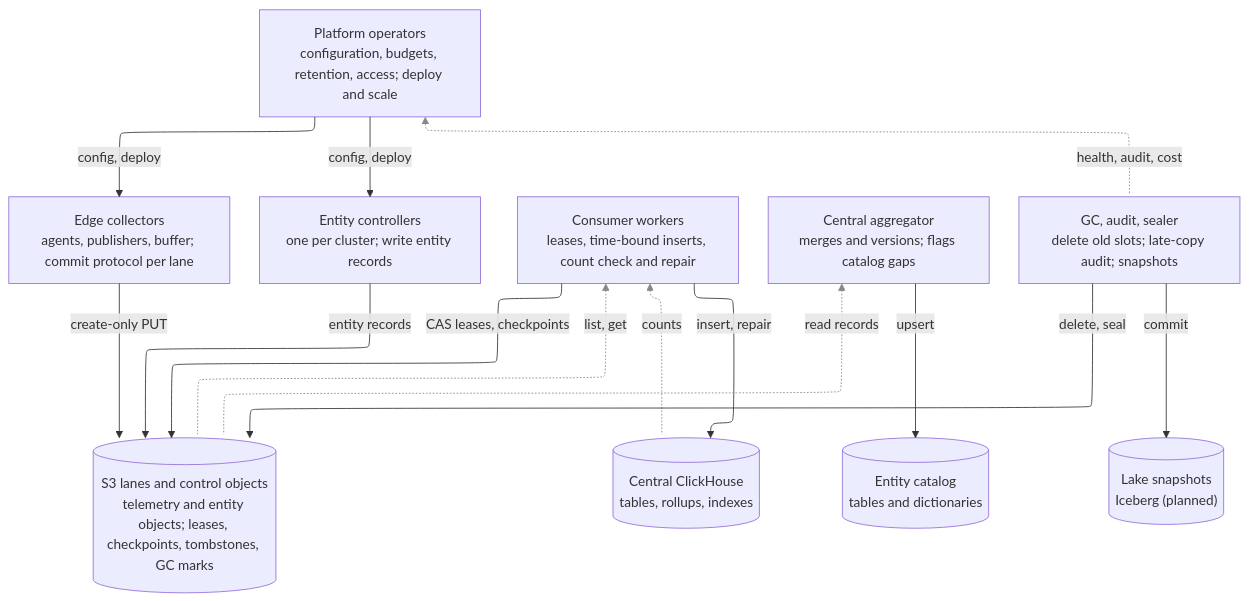
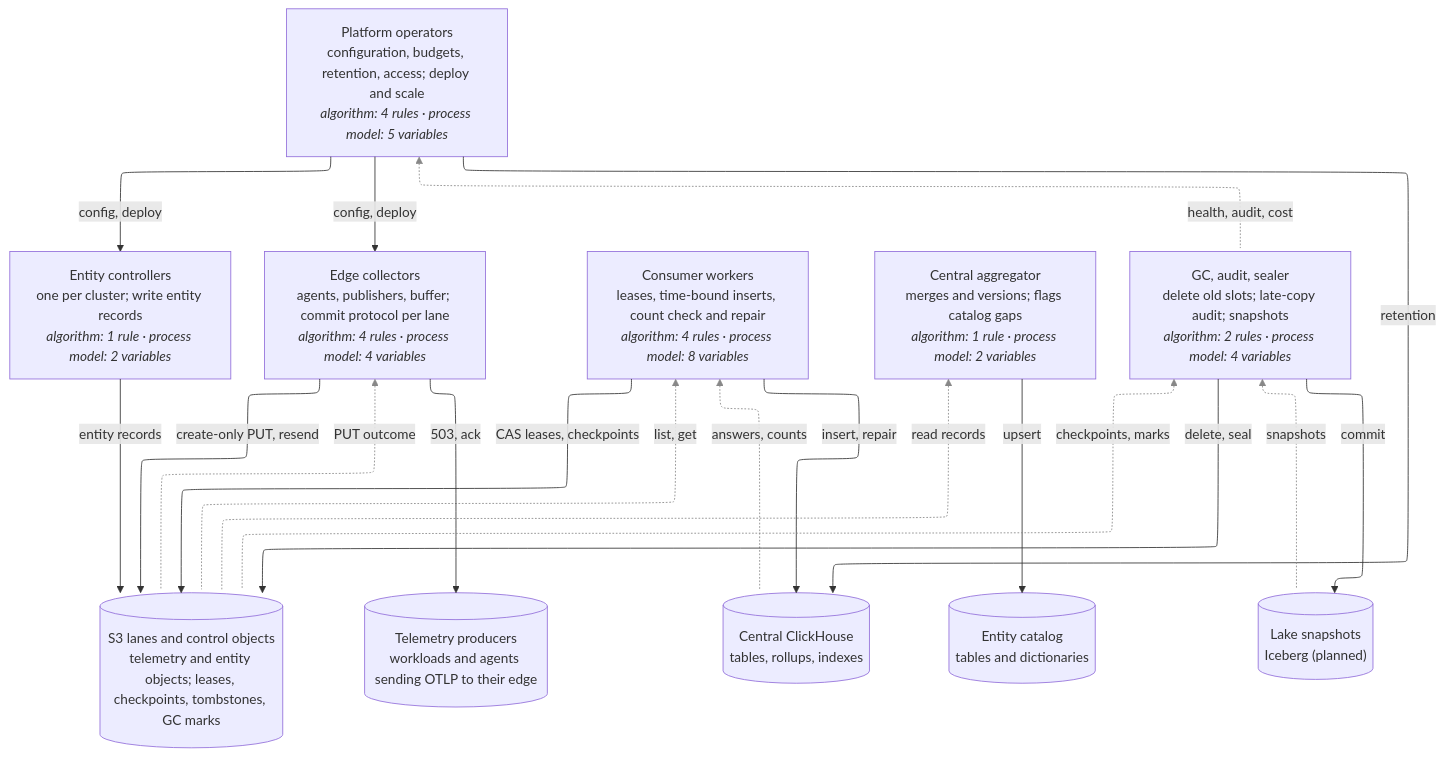
Before and after one commit to casselc/observability: the first of 4 diagrams in otel-chdb/STPA.md, drawn with Mermaid. The commit also changed other lines of this file and 332 other files, not shown here.

First line of the commit message:
otel-chdb/stpa: full migration to records; the control structure as one document; controller internals

````diff
--- a/otel-chdb/STPA.md
+++ b/otel-chdb/STPA.md
@@ -74,32 +86,39 @@
 ```mermaid
 ---
 config:
   layout: elk
 ---
 flowchart TB
-  ops["Platform operators<br/>configuration, budgets, retention, access; deploy and scale"]
-  edge["Edge collectors<br/>agents, publishers, buffer; commit protocol per lane"]
-  ec["Entity controllers<br/>one per cluster; write entity records"]
-  con["Consumer workers<br/>leases, time-bound inserts, count check and repair"]
-  agg["Central aggregator<br/>merges and versions; flags catalog gaps"]
-  gc["GC, audit, sealer<br/>delete old slots; late-copy audit; snapshots"]
-  s3[("S3 lanes and control objects<br/>telemetry and entity objects; leases, checkpoints, tombstones, GC marks")]
-  ch[("Central ClickHouse<br/>tables, rollups, indexes")]
-  cat[("Entity catalog<br/>tables and dictionaries")]
-  lake[("Lake snapshots<br/>Iceberg (planned)")]
-  ops -->|config, deploy| edge
-  ops -->|config, deploy| ec
-  ops fb1@<-.->|health, audit, cost| gc
-  edge -->|create-only PUT| s3
-  ec -->|entity records| s3
-  con -->|CAS leases, checkpoints| s3
-  con fb2@<-.->|list, get| s3
-  con -->|insert, repair| ch
-  con fb3@<-.->|counts| ch
-  agg -->|upsert| cat
-  agg fb4@<-.->|read records| s3
-  gc -->|delete, seal| s3
-  gc -->|commit| lake
+  %% Generated by otel-chdb/stpa/tools from the records (view view-ad8fbf: control-structure-a). Do not edit.
+  n71fede["Platform operators<br/>configuration, budgets, retention, access; deploy and scale<br/><i>algorithm: 4 rules · process model: 5 variables</i>"]
+  nfc8476["Entity controllers<br/>one per cluster; write entity records<br/><i>algorithm: 1 rule · process model: 2 variables</i>"]
+  nfe59f7["Edge collectors<br/>agents, publishers, buffer; commit protocol per lane<br/><i>algorithm: 4 rules · process model: 4 variables</i>"]
+  n8020ed["Consumer workers<br/>leases, time-bound inserts, count check and repair<br/><i>algorithm: 4 rules · process model: 8 variables</i>"]
+  n72ab73["Central aggregator<br/>merges and versions; flags catalog gaps<br/><i>algorithm: 1 rule · process model: 2 variables</i>"]
+  nac2fd1["GC, audit, sealer<br/>delete old slots; late-copy audit; snapshots<br/><i>algorithm: 2 rules · process model: 4 variables</i>"]
+  n21e324[("S3 lanes and control objects<br/>telemetry and entity objects; leases, checkpoints, tombstones, GC marks")]
+  ndf7b55[("Telemetry producers<br/>workloads and agents sending OTLP to their edge")]
+  ned00c7[("Central ClickHouse<br/>tables, rollups, indexes")]
+  nce1c77[("Entity catalog<br/>tables and dictionaries")]
+  nb29392[("Lake snapshots<br/>Iceberg (planned)")]
+  n71fede -->|config, deploy| nfc8476
+  n71fede -->|retention| ned00c7
+  n71fede -->|config, deploy| nfe59f7
+  n71fede fb1@<-.->|health, audit, cost| nac2fd1
+  nfc8476 -->|entity records| n21e324
+  n8020ed -->|CAS leases, checkpoints| n21e324
+  n8020ed fb2@<-.->|list, get| n21e324
+  n8020ed -->|insert, repair| ned00c7
+  n8020ed fb3@<-.->|answers, counts| ned00c7
+  n72ab73 fb4@<-.->|read records| n21e324
+  n72ab73 -->|upsert| nce1c77
+  nfe59f7 -->|create-only PUT, resend| n21e324
+  nfe59f7 fb5@<-.->|PUT outcome| n21e324
+  nfe59f7 -->|503, ack| ndf7b55
+  nac2fd1 -->|delete, seal| n21e324
+  nac2fd1 fb6@<-.->|checkpoints, marks| n21e324
+  nac2fd1 -->|commit| nb29392
+  nac2fd1 fb7@<-.->|snapshots| nb29392
   classDef fb stroke:#888,marker-end:none
-  class fb1,fb2,fb3,fb4 fb
+  class fb1,fb2,fb3,fb4,fb5,fb6,fb7 fb
 ```
````
